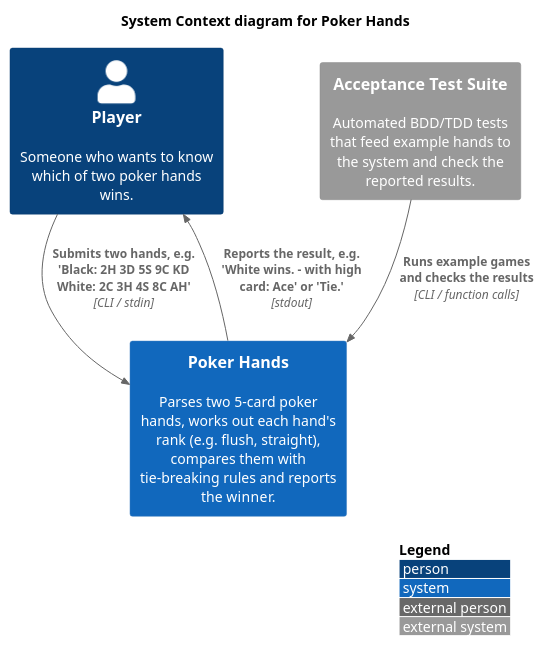
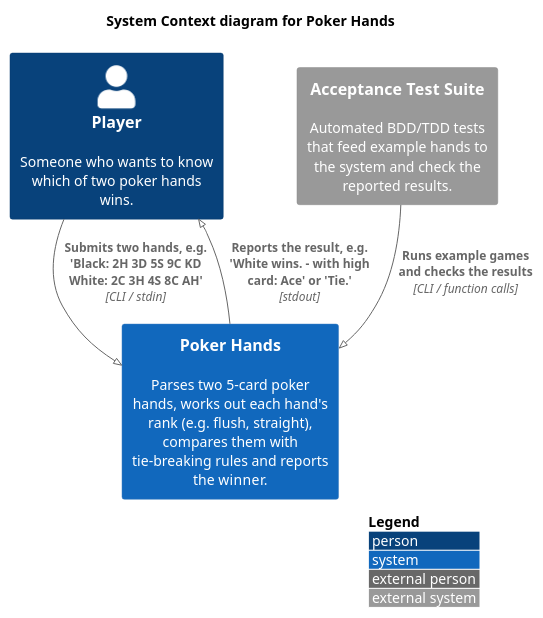
One commit to resetarp/agentic-sdlc-petar-resetar changed the diagram in architecture/diagrams/c4-context.puml. Above: the diagram before and after it, drawn with PlantUML. The commit also changed 1 other file, not shown here.

Commit message:
#3 docs(architecture): fix C4 context diagram render issues

```diff
--- a/architecture/diagrams/c4-context.puml
+++ b/architecture/diagrams/c4-context.puml
@@ -1,18 +1,19 @@
 @startuml c4-context
-!include <C4/C4_Context>
+!pragma layout smetana
+!include https://raw.githubusercontent.com/plantuml-stdlib/C4-PlantUML/master/C4_Context.puml
 
 title System Context diagram for Poker Hands
 
 LAYOUT_WITH_LEGEND()
 
 Person(player, "Player", "Someone who wants to know which of two poker hands wins.")
 
 System(pokerHands, "Poker Hands", "Parses two 5-card poker hands, works out each hand's rank (e.g. flush, straight), compares them with tie-breaking rules and reports the winner.")
 
 System_Ext(testHarness, "Acceptance Test Suite", "Automated BDD/TDD tests that feed example hands to the system and check the reported results.")
 
 Rel(player, pokerHands, "Submits two hands, e.g. 'Black: 2H 3D 5S 9C KD  White: 2C 3H 4S 8C AH'", "CLI / stdin")
 Rel(pokerHands, player, "Reports the result, e.g. 'White wins. - with high card: Ace' or 'Tie.'", "stdout")
 Rel(testHarness, pokerHands, "Runs example games and checks the results", "CLI / function calls")
 
 @enduml
```
